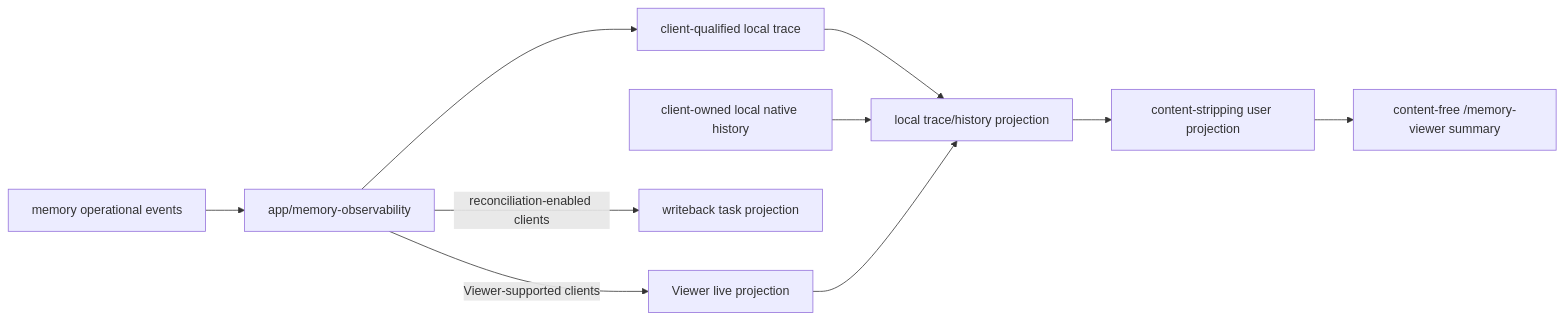
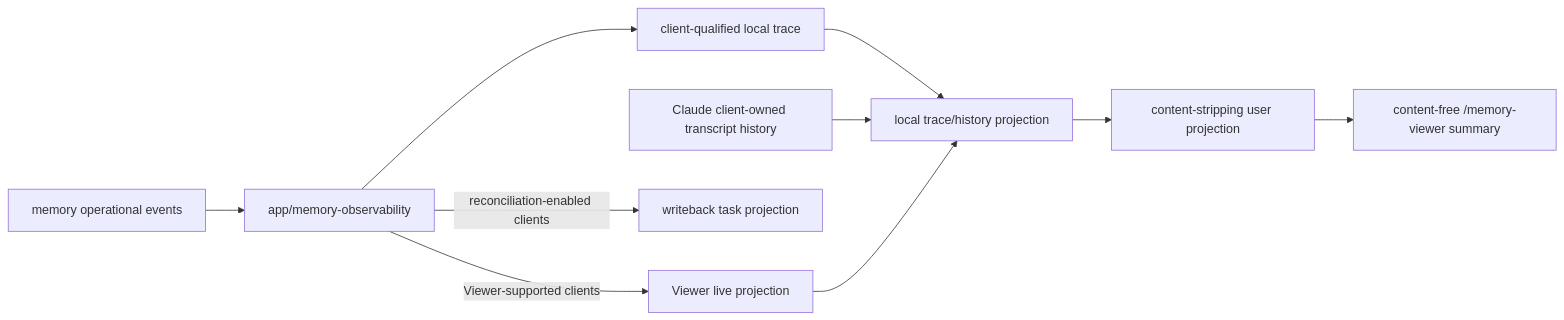
The fifth of 6 diagrams in ARCHITECTURE.md (memorax-ai/memorax-code), drawn with Mermaid before and after one commit. The commit also changed other lines of this file and 9 other files, not shown here.

````diff
--- a/ARCHITECTURE.md
+++ b/ARCHITECTURE.md
@@ -521,22 +523,22 @@
 ```mermaid
 flowchart LR
   Events["memory operational events"]
   Fanout["app/memory-observability"]
   Trace["client-qualified local trace"]
   ViewerSink["Viewer live projection"]
   TaskProjection["writeback task projection"]
-  NativeHistory["client-owned local native history"]
+  NativeHistory["Claude client-owned transcript history"]
   ViewerStore["local trace/history projection"]
   UserProjection["content-stripping user projection"]
   PublicViewer["content-free /memory-viewer summary"]
 
   Events --> Fanout
   Fanout --> Trace
   Fanout -->|"Viewer-supported clients"| ViewerSink
   Fanout -->|"reconciliation-enabled clients"| TaskProjection
   Trace --> ViewerStore
   NativeHistory --> ViewerStore
   ViewerSink --> ViewerStore
   ViewerStore --> UserProjection
   UserProjection --> PublicViewer
 ```
````
